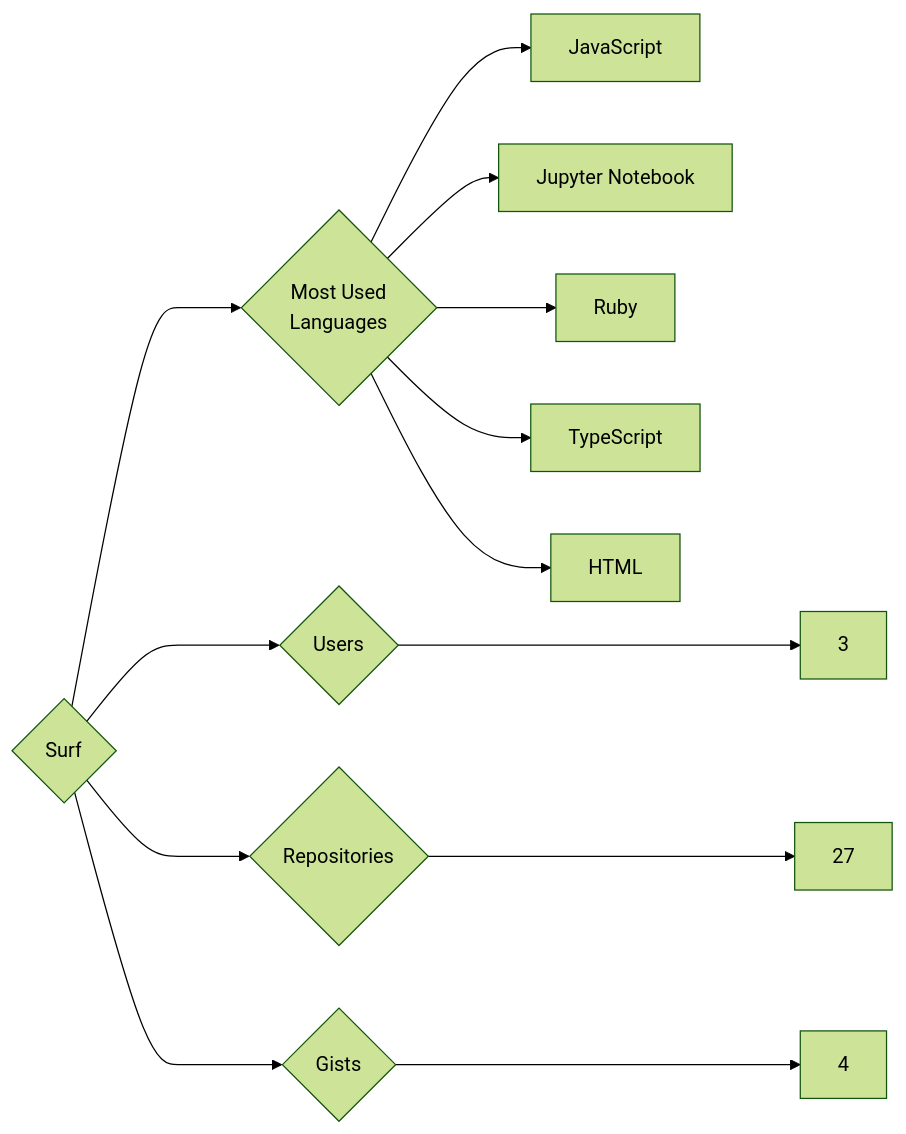
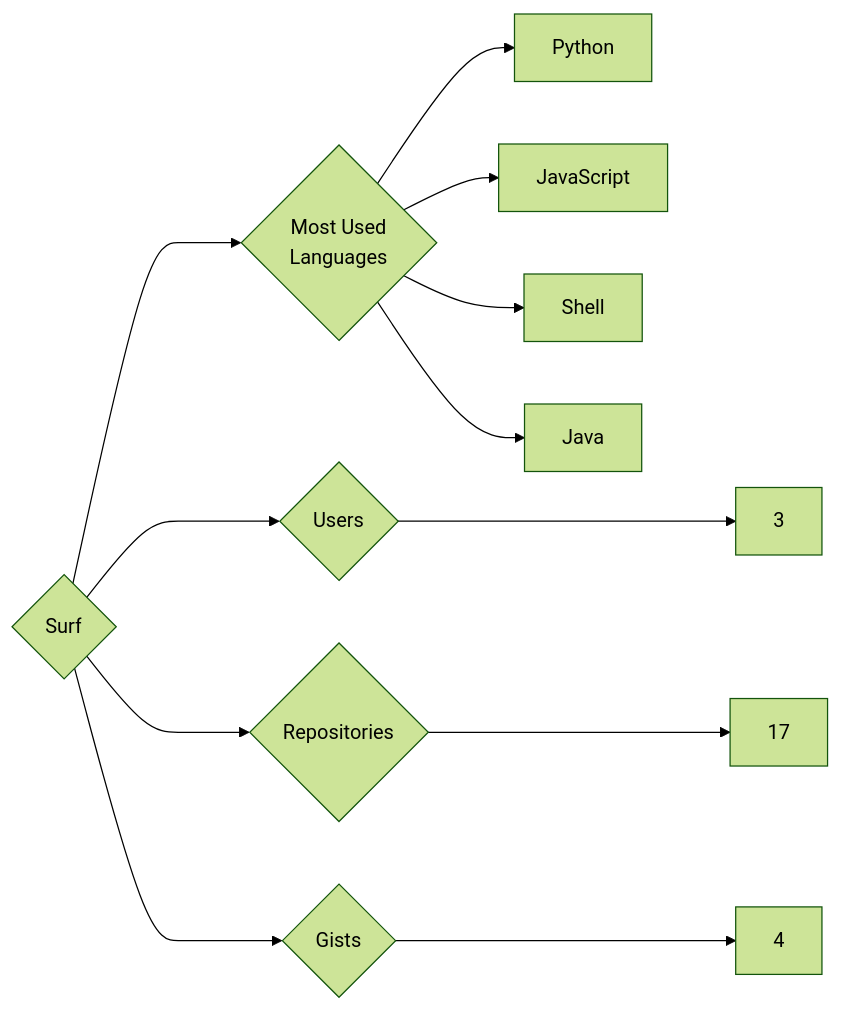
The diagram in targets/Surf/README.md (trickest/insiders), drawn with Mermaid (forest theme) before and after one commit. The commit also changed 794 other files, not shown here.

````diff
--- a/targets/Surf/README.md
+++ b/targets/Surf/README.md
@@ -3,13 +3,12 @@
 ```mermaid
 graph LR
 COMPANY_NAME{Surf}
 COMPANY_NAME ---> U{Users} ---> UN[3]
-COMPANY_NAME ---> R{Repositories} ---> RN[27]
+COMPANY_NAME ---> R{Repositories} ---> RN[17]
 COMPANY_NAME ---> G{Gists} ---> GN[4]
 COMPANY_NAME ---> ML{Most Used<br>Languages}
+ML --> Python[Python]
 ML --> JavaScript[JavaScript]
-ML --> Jupyter_Notebook[Jupyter Notebook]
-ML --> Ruby[Ruby]
-ML --> TypeScript[TypeScript]
-ML --> HTML[HTML]
+ML --> Shell[Shell]
+ML --> Java[Java]
 ```
````
